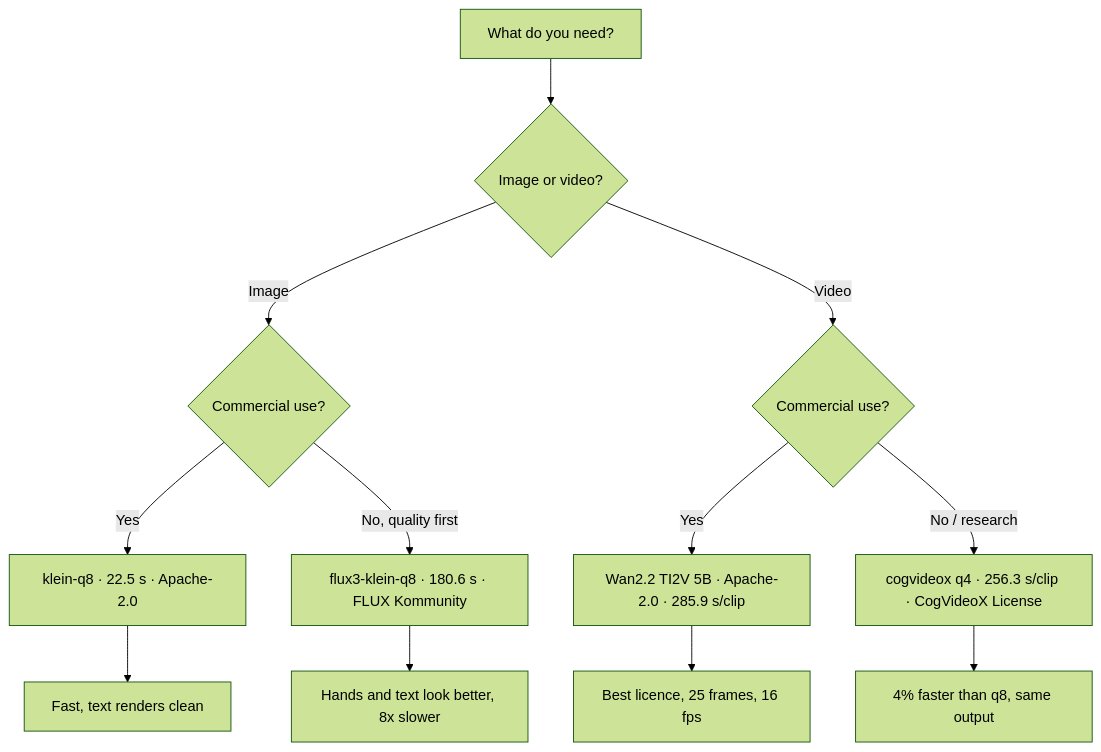
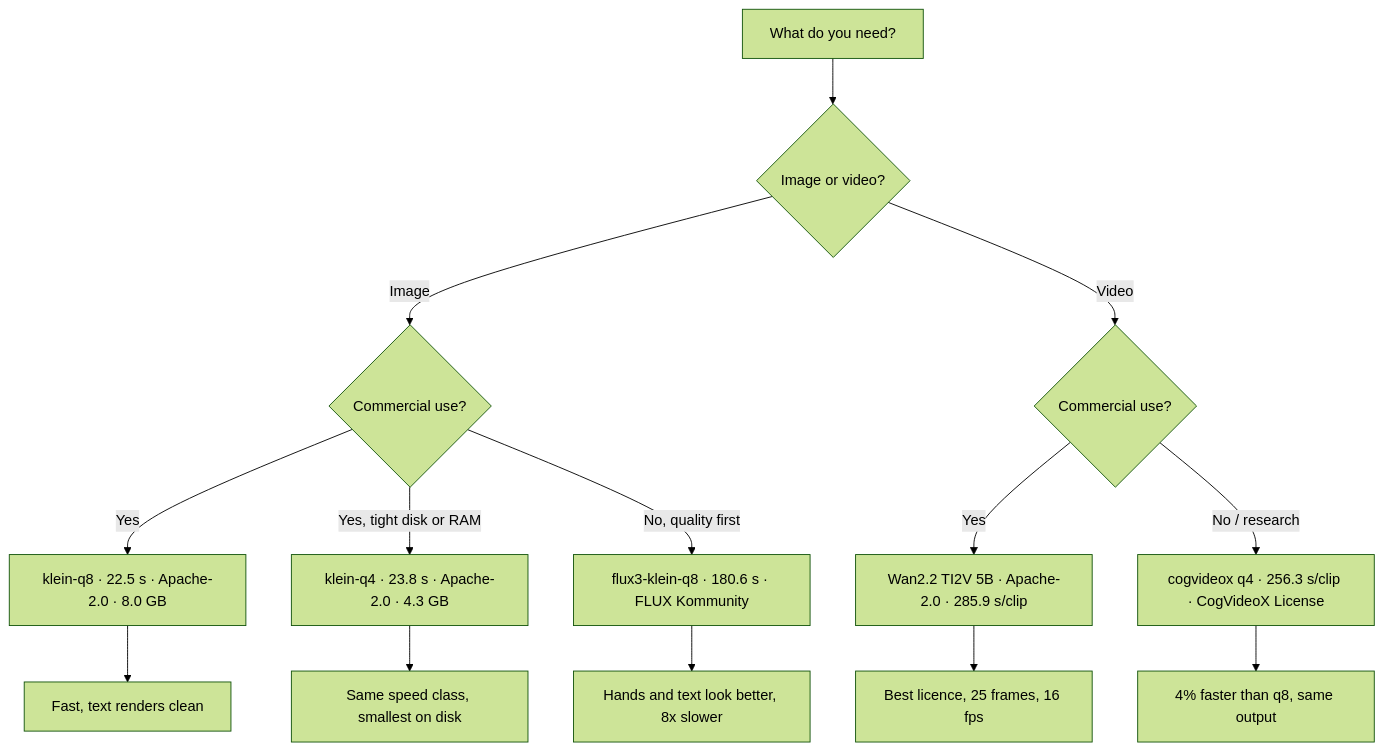
One commit to mahirfatih/local-generation-benchmark-m1-max changed the first of 4 diagrams in README.md. Above: the diagram before and after it, drawn with Mermaid (forest theme). The commit also changed 1 other file, not shown here.

Commit message:
docs: put klein-q4 in the decision flow, in both languages

````diff
--- a/README.md
+++ b/README.md
@@ -40,14 +40,16 @@
 ```mermaid
 flowchart TD
     A[What do you need?] --> B{Image or video?}
     B -->|Image| C{Commercial use?}
     B -->|Video| D{Commercial use?}
-    C -->|Yes| E[klein-q8 · 22.5 s · Apache-2.0]
+    C -->|Yes| E[klein-q8 · 22.5 s · Apache-2.0 · 8.0 GB]
+    C -->|Yes, tight disk or RAM| E4[klein-q4 · 23.8 s · Apache-2.0 · 4.3 GB]
     C -->|No, quality first| F[flux3-klein-q8 · 180.6 s · FLUX Kommunity]
     D -->|Yes| G[Wan2.2 TI2V 5B · Apache-2.0 · 285.9 s/clip]
     D -->|No / research| H[cogvideox q4 · 256.3 s/clip · CogVideoX License]
     E --> I[Fast, text renders clean]
+    E4 --> I4[Same speed class, smallest on disk]
     F --> J[Hands and text look better, 8x slower]
     G --> K[Best licence, 25 frames, 16 fps]
     H --> L[4% faster than q8, same output]
 ```
````
